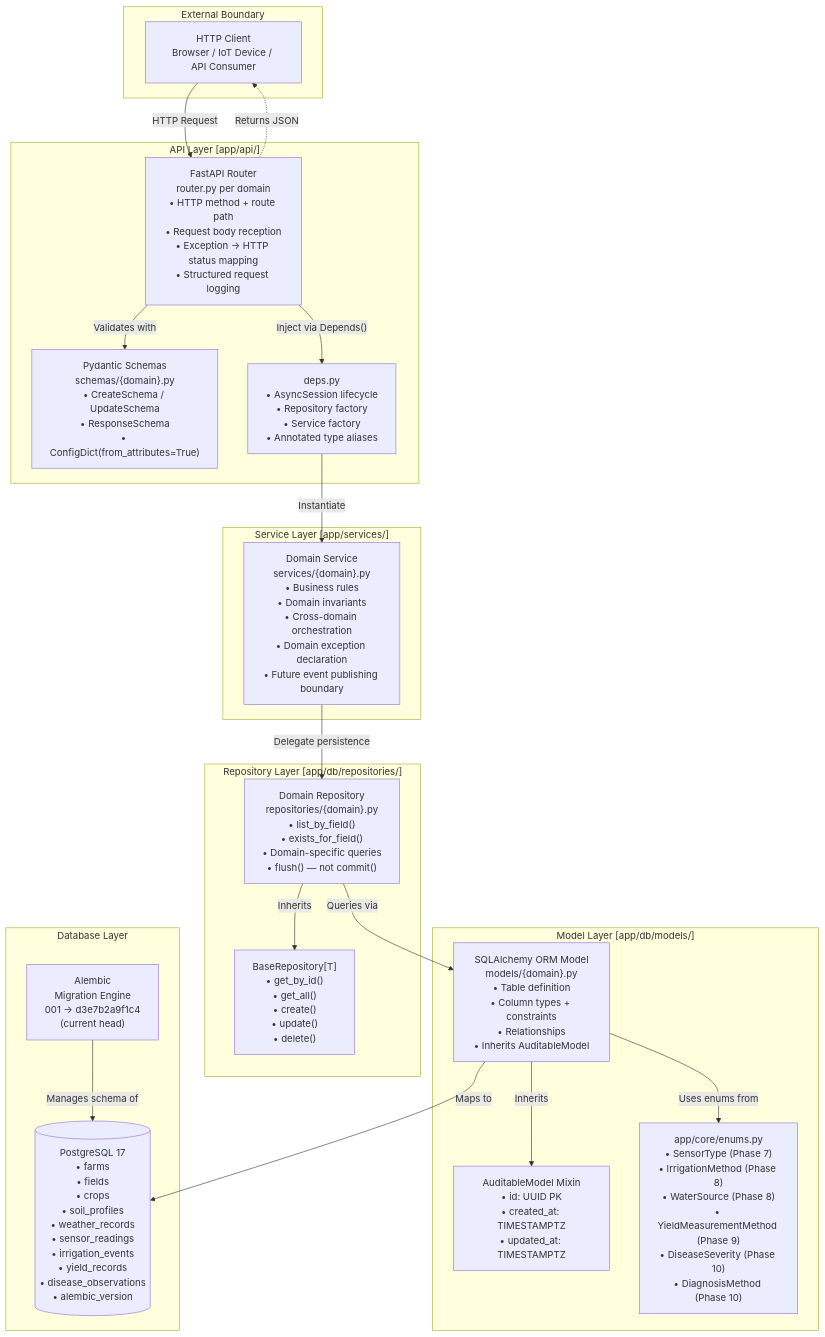
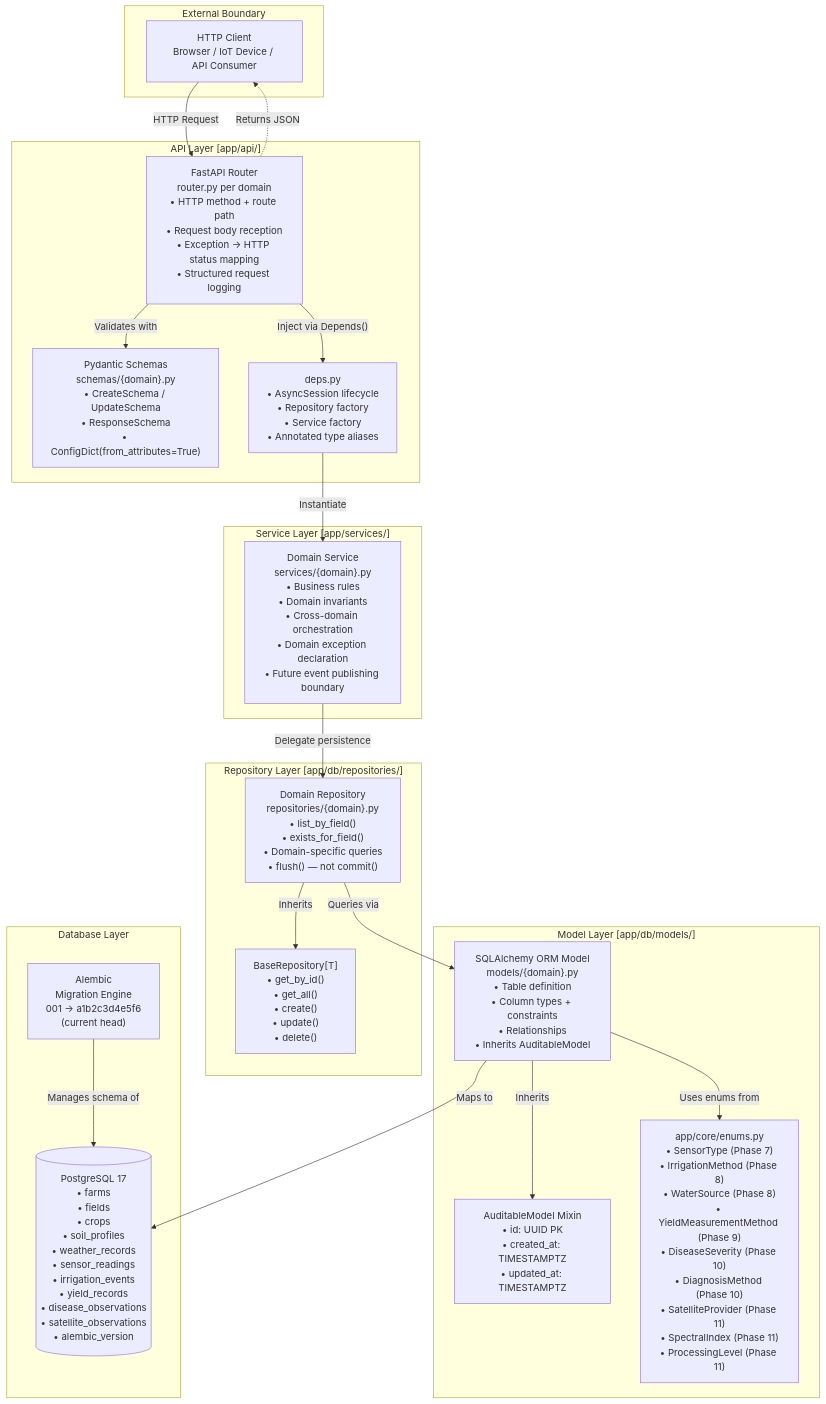
The third of 19 diagrams in docs/09-architecture-diagrams.md (santoshnarayanan/AGRIFLOW-AI), drawn with Mermaid before and after one commit. The commit also changed other lines of this file and 7 other files, not shown here.

````diff
--- a/docs/09-architecture-diagrams.md
+++ b/docs/09-architecture-diagrams.md
@@ -175,45 +186,45 @@
 ```mermaid
 graph TB
     subgraph "External Boundary"
         Client["HTTP Client\nBrowser / IoT Device / API Consumer"]
     end
 
     subgraph "API Layer  [app/api/]"
         Router["FastAPI Router\nrouter.py per domain\n• HTTP method + route path\n• Request body reception\n• Exception → HTTP status mapping\n• Structured request logging"]
         Schema["Pydantic Schemas\nschemas/{domain}.py\n• CreateSchema / UpdateSchema\n• ResponseSchema\n• ConfigDict(from_attributes=True)"]
         Deps["deps.py\n• AsyncSession lifecycle\n• Repository factory\n• Service factory\n• Annotated type aliases"]
     end
 
     subgraph "Service Layer  [app/services/]"
         Service["Domain Service\nservices/{domain}.py\n• Business rules\n• Domain invariants\n• Cross-domain orchestration\n• Domain exception declaration\n• Future event publishing boundary"]
     end
 
     subgraph "Repository Layer  [app/db/repositories/]"
         BaseRepo["BaseRepository[T]\n• get_by_id()\n• get_all()\n• create()\n• update()\n• delete()"]
         ConcreteRepo["Domain Repository\nrepositories/{domain}.py\n• list_by_field()\n• exists_for_field()\n• Domain-specific queries\n• flush() — not commit()"]
     end
 
     subgraph "Model Layer  [app/db/models/]"
         ORM["SQLAlchemy ORM Model\nmodels/{domain}.py\n• Table definition\n• Column types + constraints\n• Relationships\n• Inherits AuditableModel"]
         AuditMixin["AuditableModel Mixin\n• id: UUID PK\n• created_at: TIMESTAMPTZ\n• updated_at: TIMESTAMPTZ"]
-        CoreEnums["app/core/enums.py\n• SensorType (Phase 7)\n• IrrigationMethod (Phase 8)\n• WaterSource (Phase 8)\n• YieldMeasurementMethod (Phase 9)\n• DiseaseSeverity (Phase 10)\n• DiagnosisMethod (Phase 10)"]
+        CoreEnums["app/core/enums.py\n• SensorType (Phase 7)\n• IrrigationMethod (Phase 8)\n• WaterSource (Phase 8)\n• YieldMeasurementMethod (Phase 9)\n• DiseaseSeverity (Phase 10)\n• DiagnosisMethod (Phase 10)\n• SatelliteProvider (Phase 11)\n• SpectralIndex (Phase 11)\n• ProcessingLevel (Phase 11)"]
     end
 
     subgraph "Database Layer"
-        PG[("PostgreSQL 17\n• farms\n• fields\n• crops\n• soil_profiles\n• weather_records\n• sensor_readings\n• irrigation_events\n• yield_records\n• disease_observations\n• alembic_version")]
-        Alembic["Alembic\nMigration Engine\n001 → d3e7b2a9f1c4\n(current head)"]
+        PG[("PostgreSQL 17\n• farms\n• fields\n• crops\n• soil_profiles\n• weather_records\n• sensor_readings\n• irrigation_events\n• yield_records\n• disease_observations\n• satellite_observations\n• alembic_version")]
+        Alembic["Alembic\nMigration Engine\n001 → a1b2c3d4e5f6\n(current head)"]
     end
 
     Client -->|"HTTP Request"| Router
     Router -->|"Inject via Depends()"| Deps
     Deps -->|"Instantiate"| Service
     Service -->|"Delegate persistence"| ConcreteRepo
     ConcreteRepo -->|"Inherits"| BaseRepo
     ConcreteRepo -->|"Queries via"| ORM
     ORM -->|"Inherits"| AuditMixin
     ORM -->|"Uses enums from"| CoreEnums
     ORM -->|"Maps to"| PG
     Alembic -->|"Manages schema of"| PG
     Router -->|"Validates with"| Schema
     Router -.->|"Returns JSON"| Client
 ```
````
